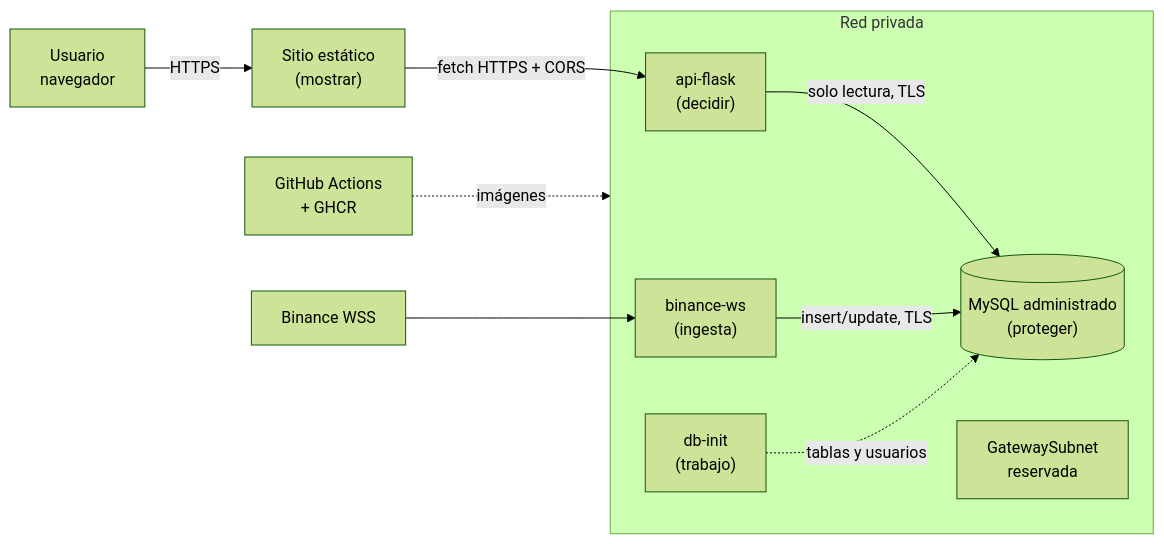
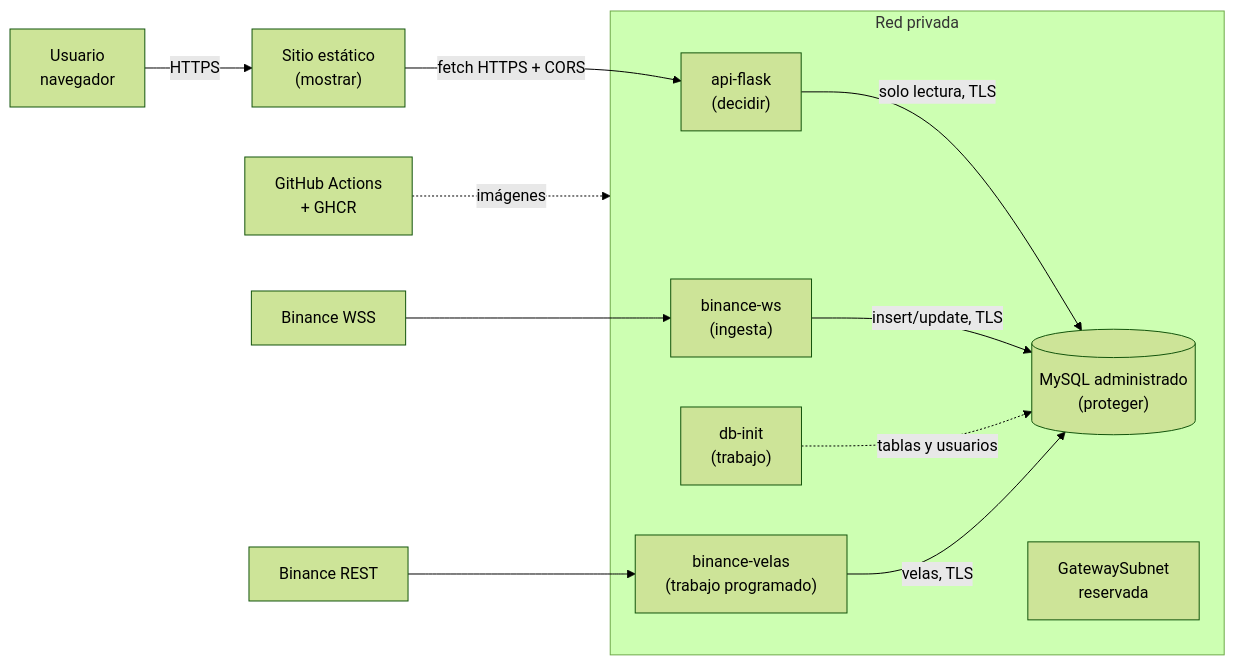
Before and after one commit to tomasramirez20/securechain-ingesta: the diagram in README.md, drawn with Mermaid (forest theme). The commit also changed other lines of this file and 28 other files, not shown here.

````diff
--- a/README.md
+++ b/README.md
@@ -60,13 +63,15 @@
 ```mermaid
 flowchart LR
   U["Usuario<br/>navegador"] -->|HTTPS| W["Sitio estático<br/>(mostrar)"]
   W -->|"fetch HTTPS + CORS"| API["api-flask<br/>(decidir)"]
   subgraph VNET["Red privada"]
     API -->|"solo lectura, TLS"| DB[("MySQL administrado<br/>(proteger)")]
     BW["binance-ws<br/>(ingesta)"] -->|"insert/update, TLS"| DB
     INIT["db-init<br/>(trabajo)"] -.->|"tablas y usuarios"| DB
+    BV["binance-velas<br/>(trabajo programado)"] -->|"velas, TLS"| DB
     GW["GatewaySubnet<br/>reservada"]
   end
   B["Binance WSS"] --> BW
+  BR["Binance REST"] --> BV
   GH["GitHub Actions<br/>+ GHCR"] -.->|"imágenes"| VNET
 ```
````
